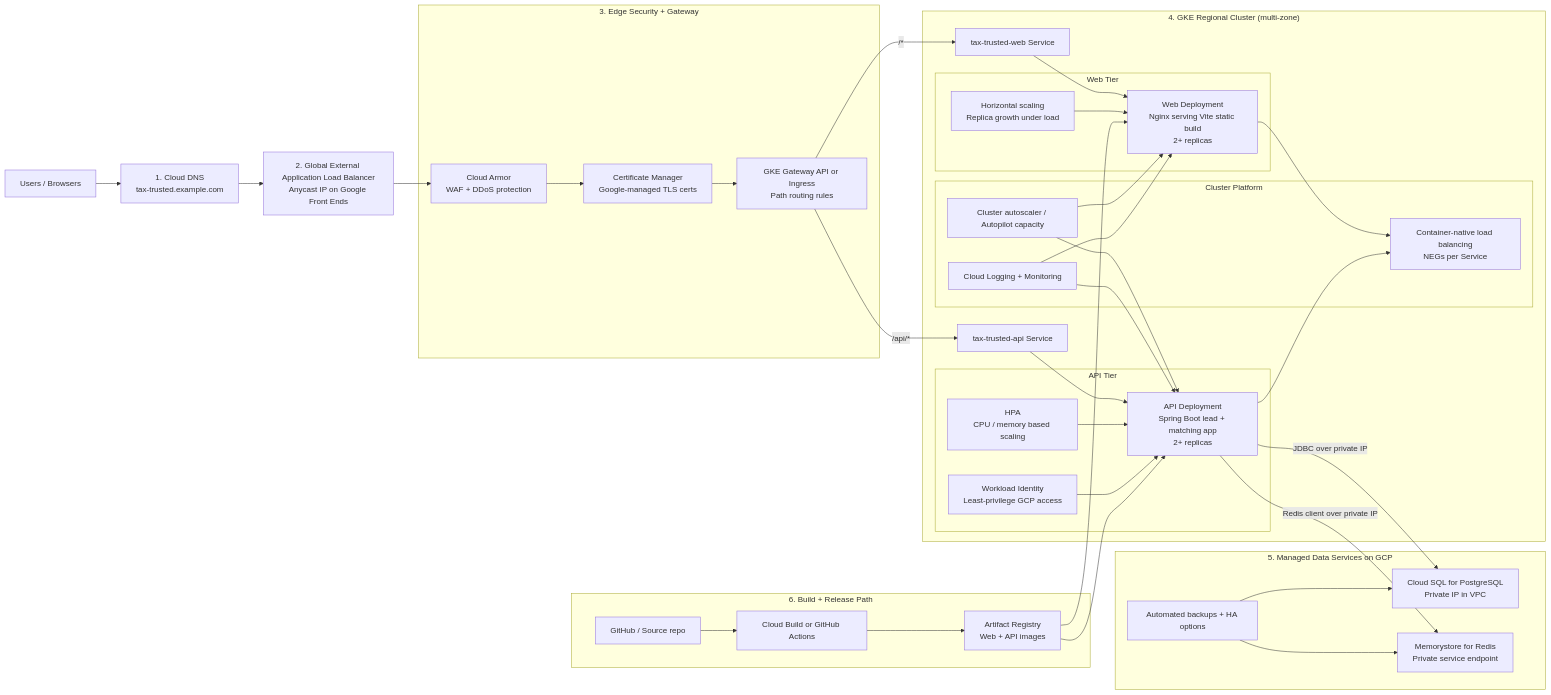
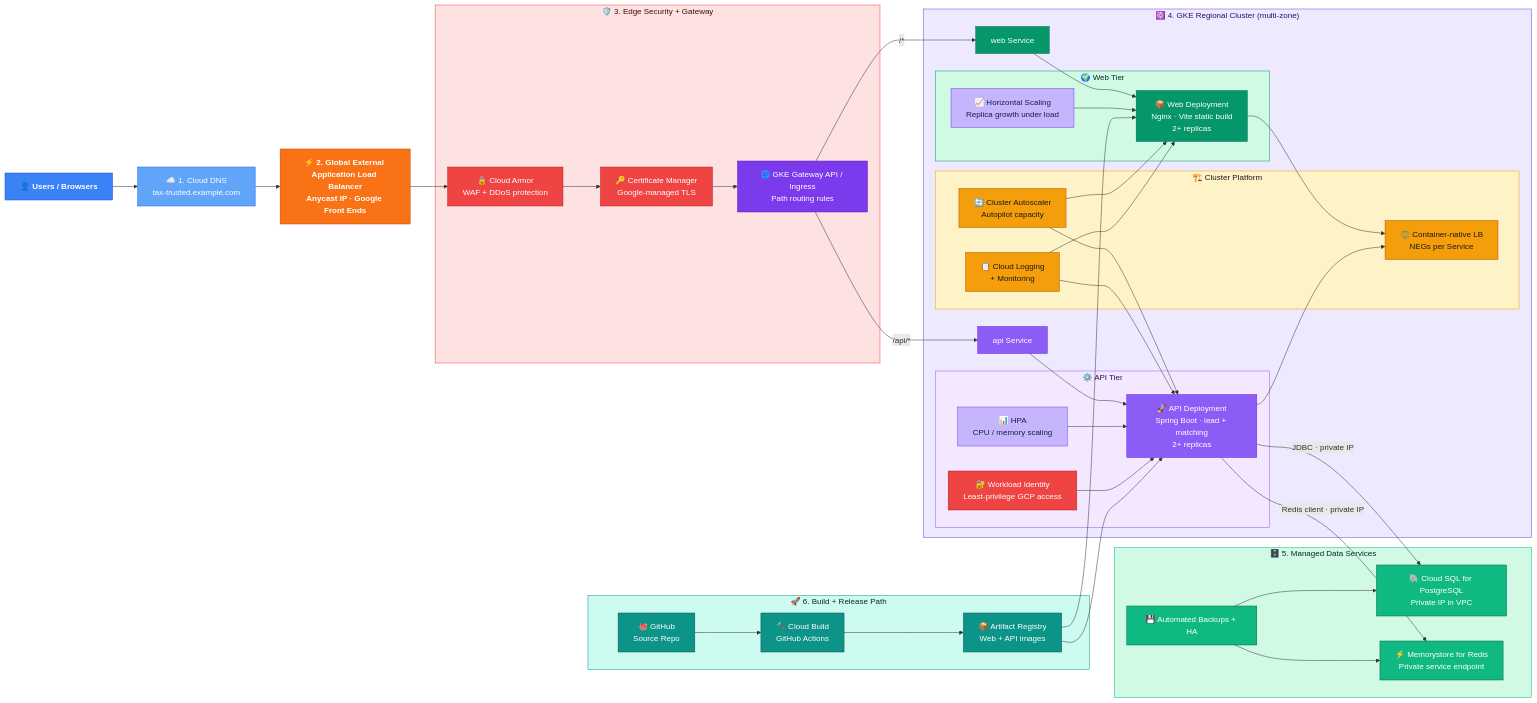
One commit to juancabralvi12/tax-trusted changed the diagram in README.md. Above: the diagram before and after it, drawn with Mermaid.

Commit message:
Update architecture diagram with colorful Mermaid styling
Add color-coded nodes, emoji icons, and styled subgraph backgrounds to the GCP deployment diagram for improved visual clarity.

````diff
--- a/README.md
+++ b/README.md
@@ -25,37 +25,49 @@
 ```mermaid
 flowchart LR
-    user["Users / Browsers"] --> dns["1. Cloud DNS<br/>tax-trusted.example.com"]
-    dns --> edge["2. Global External Application Load Balancer<br/>Anycast IP on Google Front Ends"]
+    classDef userCls    fill:#3B82F6,stroke:#1D4ED8,color:#fff,font-weight:bold
+    classDef dnsCls     fill:#60A5FA,stroke:#2563EB,color:#fff
+    classDef edgeCls    fill:#F97316,stroke:#C2410C,color:#fff,font-weight:bold
+    classDef secCls     fill:#EF4444,stroke:#B91C1C,color:#fff
+    classDef gatewayCls fill:#7C3AED,stroke:#5B21B6,color:#fff
+    classDef webCls     fill:#059669,stroke:#047857,color:#fff
+    classDef apiCls     fill:#8B5CF6,stroke:#6D28D9,color:#fff
+    classDef hpaCls     fill:#C4B5FD,stroke:#7C3AED,color:#1e1b4b
+    classDef platformCls fill:#F59E0B,stroke:#B45309,color:#1c1917
+    classDef dataCls    fill:#10B981,stroke:#065F46,color:#fff
+    classDef buildCls   fill:#0D9488,stroke:#134E4A,color:#fff
 
-    subgraph edge_sec["3. Edge Security + Gateway"]
-        armor["Cloud Armor<br/>WAF + DDoS protection"]
-        certs["Certificate Manager<br/>Google-managed TLS certs"]
-        gateway["GKE Gateway API or Ingress<br/>Path routing rules"]
+    user["👤 Users / Browsers"]:::userCls --> dns["☁️ 1. Cloud DNS<br/>tax-trusted.example.com"]:::dnsCls
+    dns --> edge["⚡ 2. Global External Application Load Balancer<br/>Anycast IP · Google Front Ends"]:::edgeCls
+
+    subgraph edge_sec["🛡️ 3. Edge Security + Gateway"]
+        armor["🔒 Cloud Armor<br/>WAF + DDoS protection"]:::secCls
+        certs["🔑 Certificate Manager<br/>Google-managed TLS"]:::secCls
+        gateway["🌐 GKE Gateway API / Ingress<br/>Path routing rules"]:::gatewayCls
     end
 
     edge --> armor
     armor --> certs
     certs --> gateway
 
-    subgraph gke["4. GKE Regional Cluster (multi-zone)"]
-        websvc["tax-trusted-web Service"]
-        apisvc["tax-trusted-api Service"]
+    subgraph gke["☸️ 4. GKE Regional Cluster (multi-zone)"]
+        websvc["web Service"]:::webCls
+        apisvc["api Service"]:::apiCls
 
-        subgraph webtier["Web Tier"]
-            webpods["Web Deployment<br/>Nginx serving Vite static build<br/>2+ replicas"]
-            webhpa["Horizontal scaling<br/>Replica growth under load"]
+        subgraph webtier["🌍 Web Tier"]
+            webpods["📦 Web Deployment<br/>Nginx · Vite static build<br/>2+ replicas"]:::webCls
+            webhpa["📈 Horizontal Scaling<br/>Replica growth under load"]:::hpaCls
         end
 
-        subgraph apitier["API Tier"]
-            apipods["API Deployment<br/>Spring Boot lead + matching app<br/>2+ replicas"]
-            apihpa["HPA<br/>CPU / memory based scaling"]
-            wi["Workload Identity<br/>Least-privilege GCP access"]
+        subgraph apitier["⚙️ API Tier"]
+            apipods["🚀 API Deployment<br/>Spring Boot · lead + matching<br/>2+ replicas"]:::apiCls
+            apihpa["📊 HPA<br/>CPU / memory scaling"]:::hpaCls
+            wi["🔐 Workload Identity<br/>Least-privilege GCP access"]:::secCls
         end
 
-        subgraph platform["Cluster Platform"]
-            negs["Container-native load balancing<br/>NEGs per Service"]
-            ca["Cluster autoscaler / Autopilot capacity"]
-            logs["Cloud Logging + Monitoring"]
+        subgraph platform["🏗️ Cluster Platform"]
+            negs["⚖️ Container-native LB<br/>NEGs per Service"]:::platformCls
+            ca["🔄 Cluster Autoscaler<br/>Autopilot capacity"]:::platformCls
+            logs["📋 Cloud Logging<br/>+ Monitoring"]:::platformCls
         end
     end
 
@@ -73,25 +85,33 @@
     logs --> apipods
     wi --> apipods
 
-    subgraph data["5. Managed Data Services on GCP"]
-        sql["Cloud SQL for PostgreSQL<br/>Private IP in VPC"]
-        redis["Memorystore for Redis<br/>Private service endpoint"]
-        backups["Automated backups + HA options"]
+    subgraph data["🗄️ 5. Managed Data Services"]
+        sql["🐘 Cloud SQL for PostgreSQL<br/>Private IP in VPC"]:::dataCls
+        redis["⚡ Memorystore for Redis<br/>Private service endpoint"]:::dataCls
+        backups["💾 Automated Backups + HA"]:::dataCls
     end
 
-    apipods -->|"JDBC over private IP"| sql
-    apipods -->|"Redis client over private IP"| redis
+    apipods -->|"JDBC · private IP"| sql
+    apipods -->|"Redis client · private IP"| redis
     backups --> sql
     backups --> redis
 
-    subgraph delivery["6. Build + Release Path"]
-        git["GitHub / Source repo"]
-        build["Cloud Build or GitHub Actions"]
-        registry["Artifact Registry<br/>Web + API images"]
+    subgraph delivery["🚀 6. Build + Release Path"]
+        git["🐙 GitHub<br/>Source Repo"]:::buildCls
+        build["🔨 Cloud Build<br/>GitHub Actions"]:::buildCls
+        registry["📦 Artifact Registry<br/>Web + API images"]:::buildCls
     end
 
     git --> build
     build --> registry
     registry --> webpods
     registry --> apipods
+
+    style edge_sec  fill:#FEE2E2,stroke:#EF4444,color:#450a0a
+    style gke       fill:#EDE9FE,stroke:#7C3AED,color:#2e1065
+    style webtier   fill:#D1FAE5,stroke:#059669,color:#022c22
+    style apitier   fill:#F3E8FF,stroke:#8B5CF6,color:#2e1065
+    style platform  fill:#FEF3C7,stroke:#F59E0B,color:#1c1917
+    style data      fill:#D1FAE5,stroke:#10B981,color:#022c22
+    style delivery  fill:#CCFBF1,stroke:#0D9488,color:#042f2e
 ```
````
